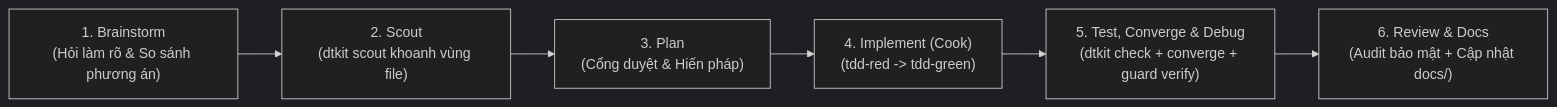
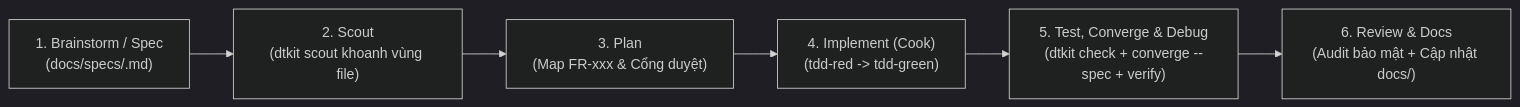
One commit to truong-newbie/Agent_Kit_Impl changed the second of 2 diagrams in docs/guide.vi.md. Above: the diagram before and after it, drawn with Mermaid (dark theme). The commit also changed other lines of this file and 36 other files, not shown here.

Commit message:
feat(spec): add feature-spec template, dtkit spec CLI, converge --spec, and dtkit_spec_check MCP

````diff
--- a/docs/guide.vi.md
+++ b/docs/guide.vi.md
@@ -94,8 +95,8 @@
 ```mermaid
 flowchart LR
-    A["1. Brainstorm\n(Hỏi làm rõ & So sánh phương án)"] --> B["2. Scout\n(dtkit scout khoanh vùng file)"]
-    B --> C["3. Plan\n(Cổng duyệt & Hiến pháp)"]
+    A["1. Brainstorm / Spec\n(docs/specs/<slug>.md)"] --> B["2. Scout\n(dtkit scout khoanh vùng file)"]
+    B --> C["3. Plan\n(Map FR-xxx & Cổng duyệt)"]
     C --> D["4. Implement (Cook)\n(tdd-red -> tdd-green)"]
-    D --> E["5. Test, Converge & Debug\n(dtkit check + converge + guard verify)"]
+    D --> E["5. Test, Converge & Debug\n(dtkit check + converge --spec + verify)"]
     E --> F["6. Review & Docs\n(Audit bảo mật + Cập nhật docs/)"]
 ```
````
